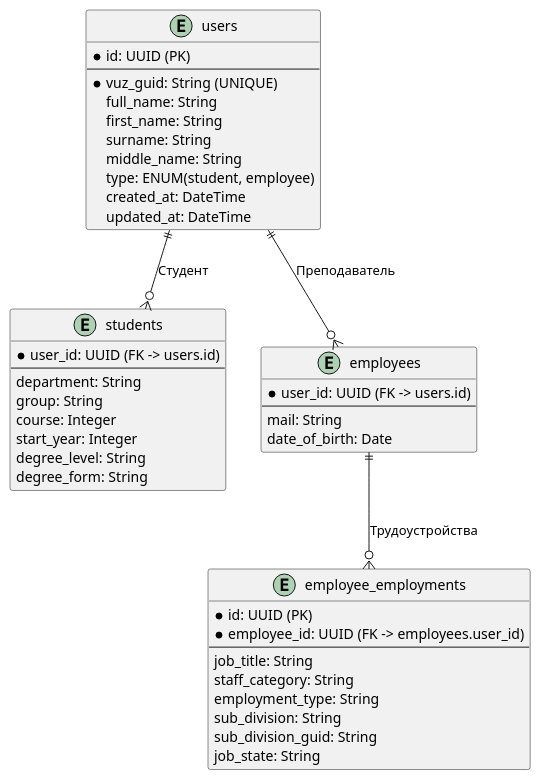
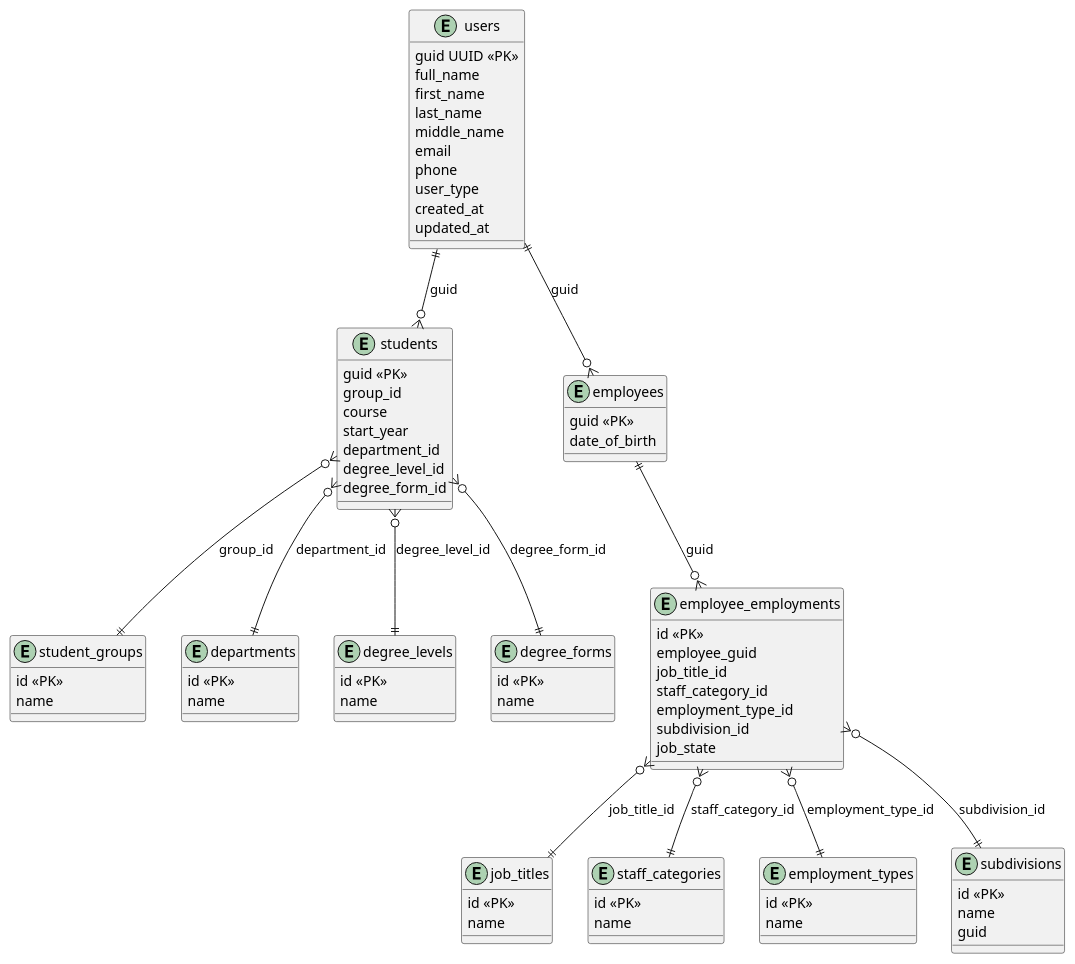
The diagram in src/usersDB.puml (DmitriiDerendyaev/ideathesis-user-service), drawn with PlantUML before and after one commit. The commit also changed 4 other files, not shown here.

Commit message:
[IDEATHESIS-32] feature: add users and jobs schema

```diff
--- a/src/usersDB.puml
+++ b/src/usersDB.puml
@@ -1,51 +1,97 @@
 @startuml
-' Entities
+
 entity users {
-  *id: UUID (PK)
-  --
-  *vuz_guid: String (UNIQUE)
-  full_name: String
-  first_name: String
-  surname: String
-  middle_name: String
-  type: ENUM(student, employee)
-  created_at: DateTime
-  updated_at: DateTime
+    guid UUID <<PK>>
+    full_name
+    first_name
+    last_name
+    middle_name
+    email
+    phone
+    user_type
+    created_at
+    updated_at
+}
+
+entity student_groups {
+    id <<PK>>
+    name
+}
+
+entity departments {
+    id <<PK>>
+    name
+}
+
+entity degree_levels {
+    id <<PK>>
+    name
+}
+
+entity degree_forms {
+    id <<PK>>
+    name
 }
 
 entity students {
-  *user_id: UUID (FK -> users.id)
-  --
-  department: String
-  group: String
-  course: Integer
-  start_year: Integer
-  degree_level: String
-  degree_form: String
+    guid <<PK>>
+    group_id
+    course
+    start_year
+    department_id
+    degree_level_id
+    degree_form_id
+}
+
+entity job_titles {
+    id <<PK>>
+    name
+}
+
+entity staff_categories {
+    id <<PK>>
+    name
+}
+
+entity employment_types {
+    id <<PK>>
+    name
+}
+
+entity subdivisions {
+    id <<PK>>
+    name
+    guid
 }
 
 entity employees {
-  *user_id: UUID (FK -> users.id)
-  --
-  mail: String
-  date_of_birth: Date
+    guid <<PK>>
+    date_of_birth
 }
 
 entity employee_employments {
-  *id: UUID (PK)
-  *employee_id: UUID (FK -> employees.user_id)
-  --
-  job_title: String
-  staff_category: String
-  employment_type: String
-  sub_division: String
-  sub_division_guid: String
-  job_state: String
+    id <<PK>>
+    employee_guid
+    job_title_id
+    staff_category_id
+    employment_type_id
+    subdivision_id
+    job_state
 }
 
-' Relationships
-users ||--o{ students : "Студент"
-users ||--o{ employees : "Преподаватель"
-employees ||--o{ employee_employments : "Трудоустройства"
+' ----- связи -----
+users ||--o{ students : "guid"
+users ||--o{ employees : "guid"
+
+students }o--|| student_groups : "group_id"
+students }o--|| departments : "department_id"
+students }o--|| degree_levels : "degree_level_id"
+students }o--|| degree_forms : "degree_form_id"
+
+employees ||--o{ employee_employments : "guid"
+employee_employments }o--|| job_titles : "job_title_id"
+employee_employments }o--|| staff_categories : "staff_category_id"
+employee_employments }o--|| employment_types : "employment_type_id"
+employee_employments }o--|| subdivisions : "subdivision_id"
 
 @enduml
```
